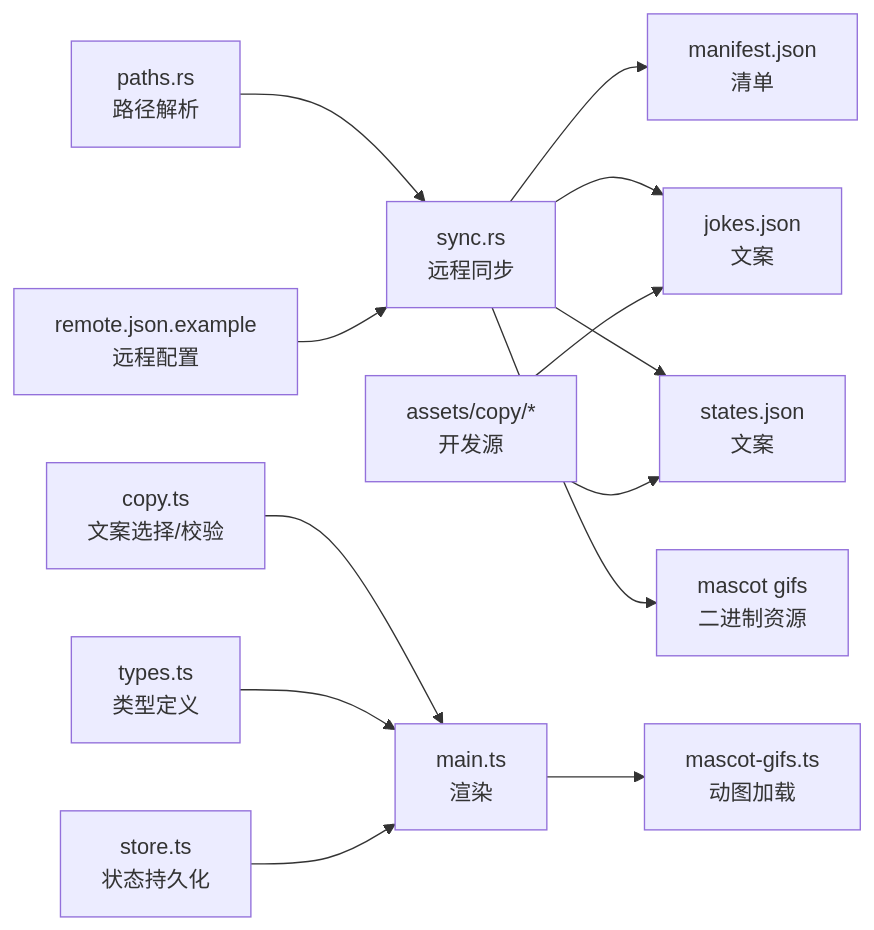
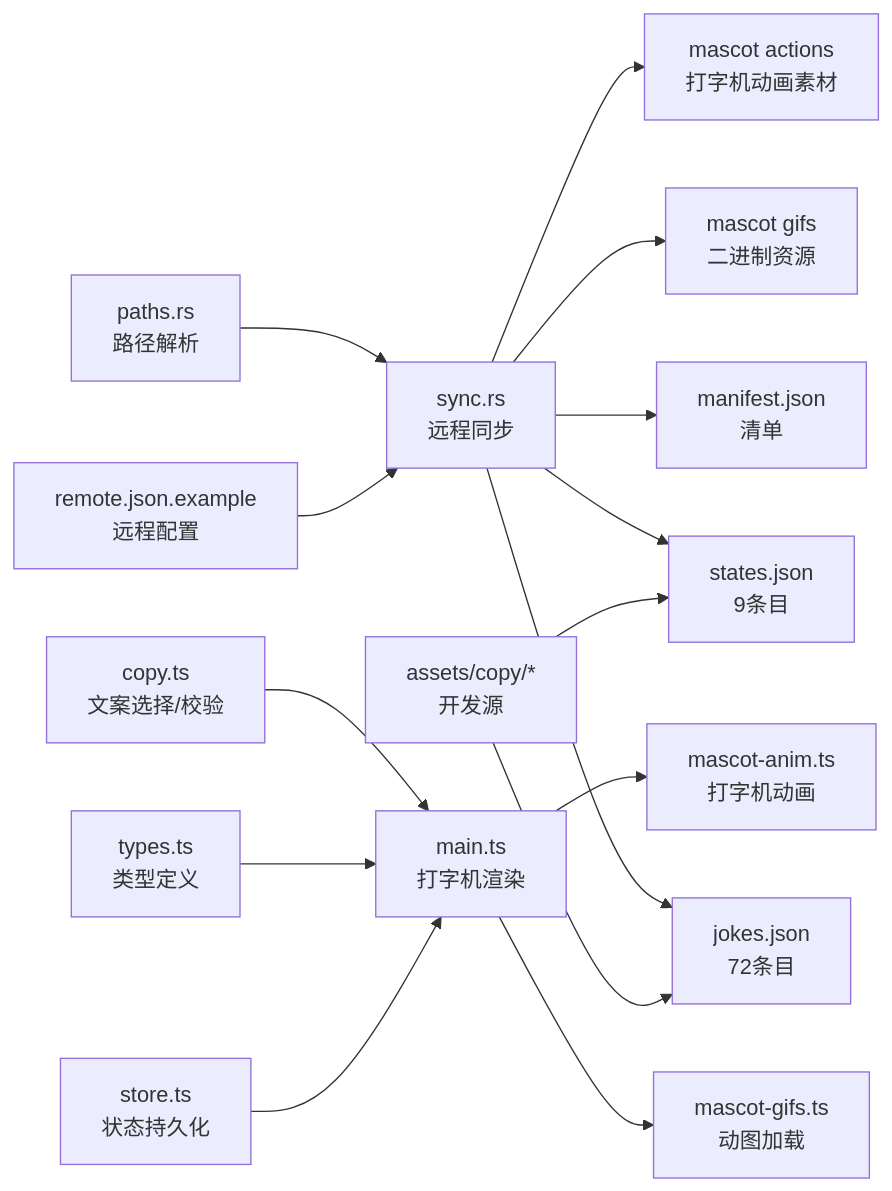
One commit to Sev73n/cursorq changed the third of 4 diagrams in .qoder/repowiki/zh/content/资源管理/内容管理.md. Above: the diagram before and after it, drawn with Mermaid. The commit also changed other lines of this file and 10 other files, not shown here.

````diff
--- a/.qoder/repowiki/zh/content/资源管理/内容管理.md
+++ b/.qoder/repowiki/zh/content/资源管理/内容管理.md
@@ -242,15 +305,17 @@
 ```mermaid
 graph LR
 PRS["paths.rs<br/>路径解析"] --> SYRS["sync.rs<br/>远程同步"]
 CFG["remote.json.example<br/>远程配置"] --> SYRS
 SYRS --> MAN["manifest.json<br/>清单"]
-SYRS --> JOKES["jokes.json<br/>文案"]
-SYRS --> STATES["states.json<br/>文案"]
+SYRS --> JOKES["jokes.json<br/>72条目"]
+SYRS --> STATES["states.json<br/>9条目"]
 SYRS --> GIFS["mascot gifs<br/>二进制资源"]
-CORE["copy.ts<br/>文案选择/校验"] --> MAIN["main.ts<br/>渲染"]
+SYRS --> ACTIONS["mascot actions<br/>打字机动画素材"]
+CORE["copy.ts<br/>文案选择/校验"] --> MAIN["main.ts<br/>打字机渲染"]
 TYPES["types.ts<br/>类型定义"] --> MAIN
 STORE["store.ts<br/>状态持久化"] --> MAIN
 MAIN --> GIFMOD["mascot-gifs.ts<br/>动图加载"]
+MAIN --> ANIMMOD["mascot-anim.ts<br/>打字机动画"]
 ASSETS["assets/copy/*<br/>开发源"] --> JOKES
 ASSETS --> STATES
 ```
````
